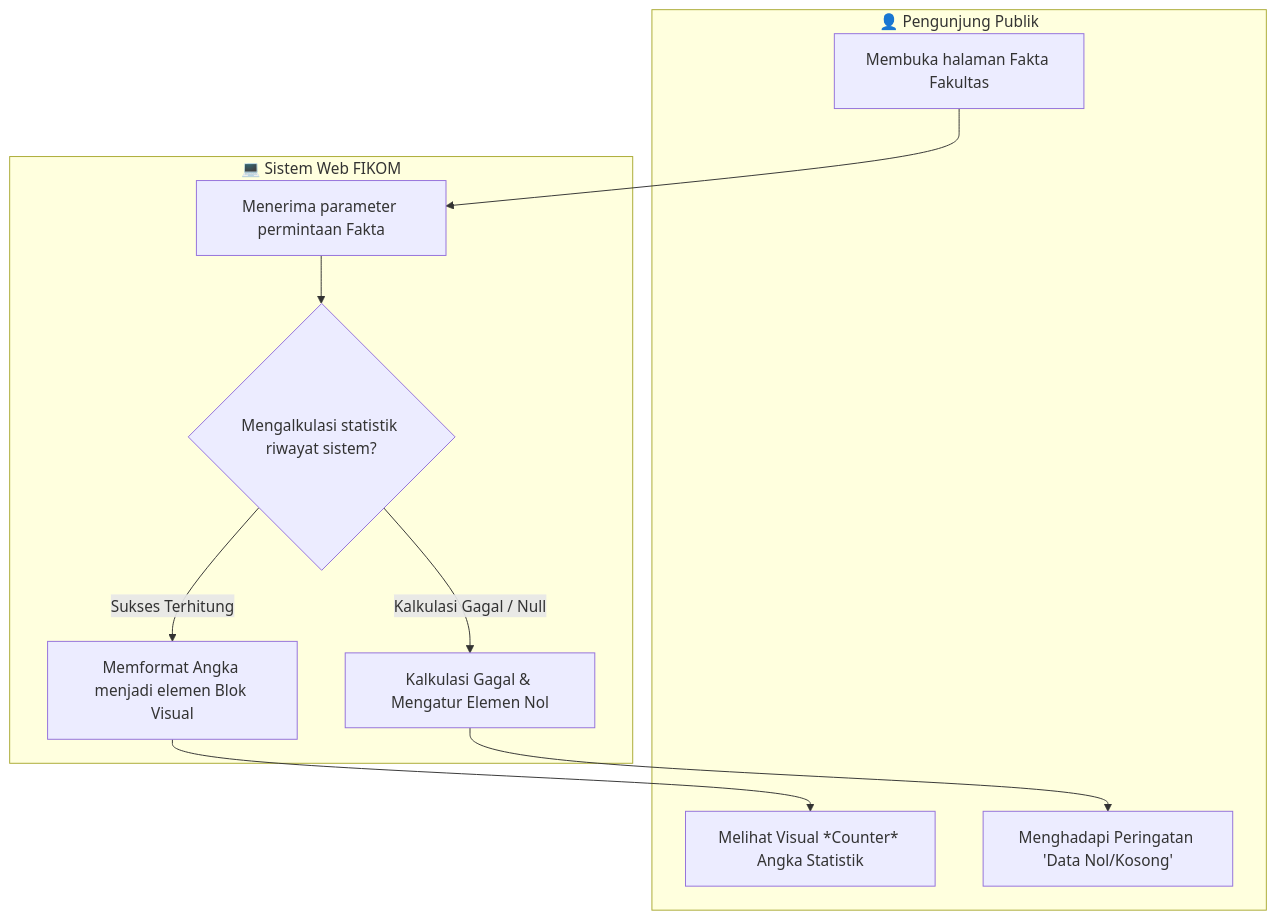
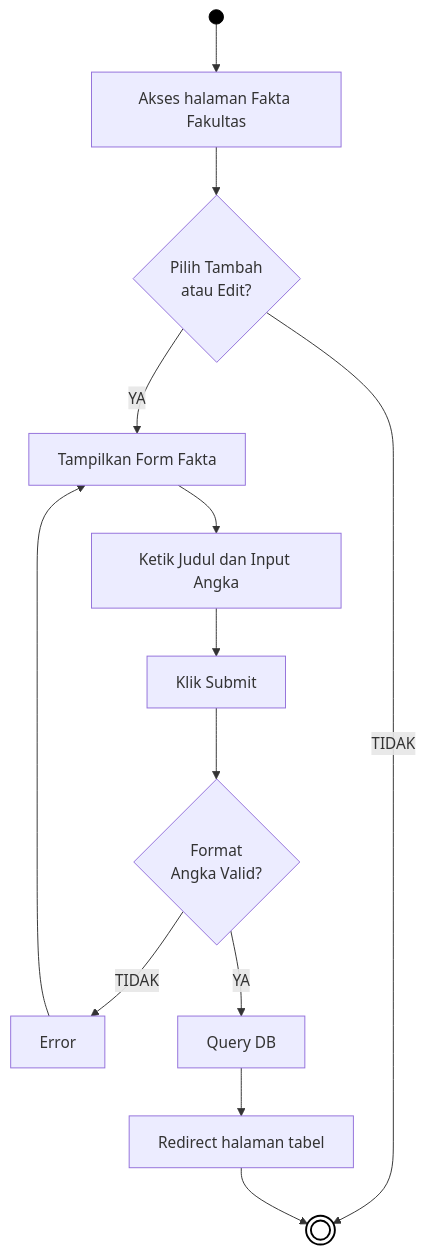
The fourth of 5 diagrams in docs/01_DIAGRAM_AKTIVITAS.md (arbain-dev/Web_fikom), drawn with Mermaid before and after one commit. The commit also changed other lines of this file, not shown here.

Commit message:
docs: merombak ulang 01_DIAGRAM_AKTIVITAS.md mengikuti format diagram konvensional tanpa swimlane sisi admin

````diff
--- a/docs/01_DIAGRAM_AKTIVITAS.md
+++ b/docs/01_DIAGRAM_AKTIVITAS.md
@@ -79,22 +117,22 @@
 ```mermaid
 flowchart TD
-    subgraph Pengunjung[👤 Pengunjung Publik]
-        A[Membuka halaman Fakta Fakultas]
-        E[Melihat Visual *Counter* Angka Statistik]
-        F[Menghadapi Peringatan 'Data Nol/Kosong']
-    end
+    Start(( )) --> A[Akses halaman Fakta Fakultas]
     
-    subgraph Sistem[💻 Sistem Web FIKOM]
-        B[Menerima parameter permintaan Fakta]
-        C{Mengalkulasi statistik riwayat sistem?}
-        D[Memformat Angka menjadi elemen Blok Visual]
-        G[Kalkulasi Gagal & Mengatur Elemen Nol]
-    end
-
-    A --> B
-    B --> C
-    C -- Sukses Terhitung --> D
-    D --> E
-    C -- Kalkulasi Gagal / Null --> G
-    G --> F
+    A --> B{Pilih Tambah\natau Edit?}
+    B -- TIDAK --> End((( )))
+    
+    B -- YA --> C[Tampilkan Form Fakta]
+    C --> D[Ketik Judul dan Input Angka]
+    D --> E[Klik Submit]
+    
+    E --> F{Format\nAngka Valid?}
+    F -- TIDAK --> G[Error]
+    G --> C
+    
+    F -- YA --> H[Query DB]
+    H --> I[Redirect halaman tabel]
+    I --> End
+    
+    style Start fill:#000,stroke:#000,color:#000
+    style End fill:#fff,stroke:#000,stroke-width:2px
 ```
````
